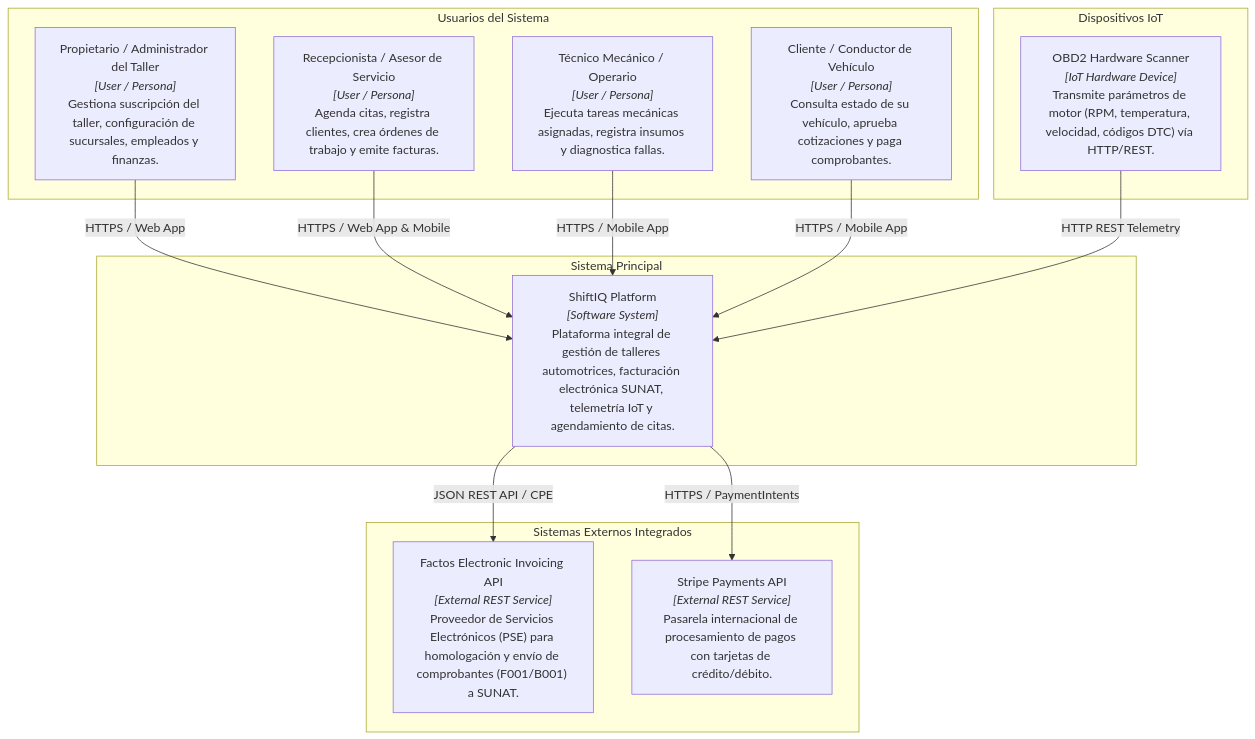
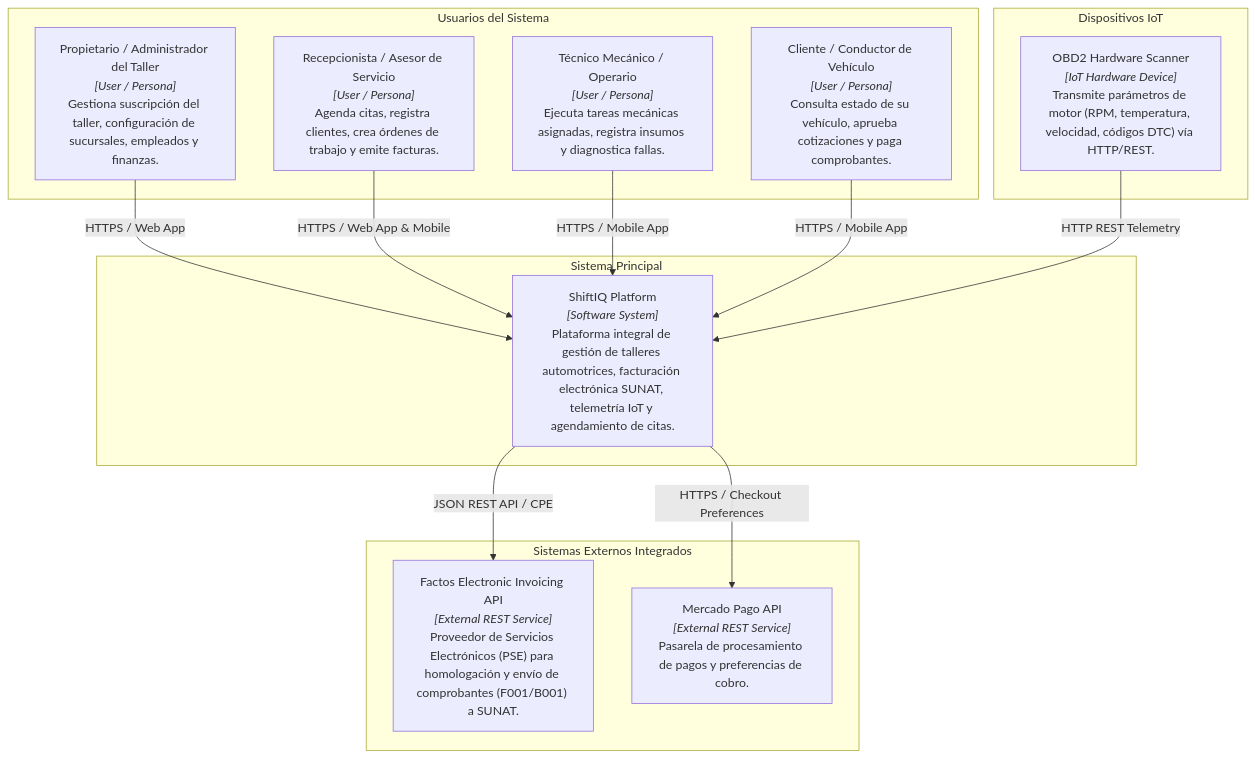
The first of 2 diagrams in docs/c4-model-architecture.md (tux-logic/shiftiq-platform), drawn with Mermaid before and after one commit. The commit also changed other lines of this file and 5 other files, not shown here.

Commit message:
test(billing): add unit tests for Mercado Pago gateway, controller and checkout replay prevention

````diff
--- a/docs/c4-model-architecture.md
+++ b/docs/c4-model-architecture.md
@@ -11,32 +11,32 @@
 ```mermaid
 graph TB
     subgraph Users ["Usuarios del Sistema"]
         WorkshopOwner["Propietario / Administrador del Taller<br><i>[User / Persona]</i><br>Gestiona suscripción del taller, configuración de sucursales, empleados y finanzas."]
         Receptionist["Recepcionista / Asesor de Servicio<br><i>[User / Persona]</i><br>Agenda citas, registra clientes, crea órdenes de trabajo y emite facturas."]
         Mechanic["Técnico Mecánico / Operario<br><i>[User / Persona]</i><br>Ejecuta tareas mecánicas asignadas, registra insumos y diagnostica fallas."]
         Customer["Cliente / Conductor de Vehículo<br><i>[User / Persona]</i><br>Consulta estado de su vehículo, aprueba cotizaciones y paga comprobantes."]
     end
 
     subgraph Core_System ["Sistema Principal"]
         ShiftIQPlatform["ShiftIQ Platform<br><i>[Software System]</i><br>Plataforma integral de gestión de talleres automotrices, facturación electrónica SUNAT, telemetría IoT y agendamiento de citas."]
     end
 
     subgraph External_Devices ["Dispositivos IoT"]
         ObdScanner["OBD2 Hardware Scanner<br><i>[IoT Hardware Device]</i><br>Transmite parámetros de motor (RPM, temperatura, velocidad, códigos DTC) vía HTTP/REST."]
     end
 
     subgraph External_Systems ["Sistemas Externos Integrados"]
         FactosAPI["Factos Electronic Invoicing API<br><i>[External REST Service]</i><br>Proveedor de Servicios Electrónicos (PSE) para homologación y envío de comprobantes (F001/B001) a SUNAT."]
-        StripeAPI["Stripe Payments API<br><i>[External REST Service]</i><br>Pasarela internacional de procesamiento de pagos con tarjetas de crédito/débito."]
+        MercadoPagoAPI["Mercado Pago API<br><i>[External REST Service]</i><br>Pasarela de procesamiento de pagos y preferencias de cobro."]
     end
 
     WorkshopOwner -->|"HTTPS / Web App"| ShiftIQPlatform
     Receptionist -->|"HTTPS / Web App & Mobile"| ShiftIQPlatform
     Mechanic -->|"HTTPS / Mobile App"| ShiftIQPlatform
     Customer -->|"HTTPS / Mobile App"| ShiftIQPlatform
 
     ObdScanner -->|"HTTP REST Telemetry"| ShiftIQPlatform
 
     ShiftIQPlatform -->|"JSON REST API / CPE"| FactosAPI
-    ShiftIQPlatform -->|"HTTPS / PaymentIntents"| StripeAPI
+    ShiftIQPlatform -->|"HTTPS / Checkout Preferences"| MercadoPagoAPI
 ```
````
